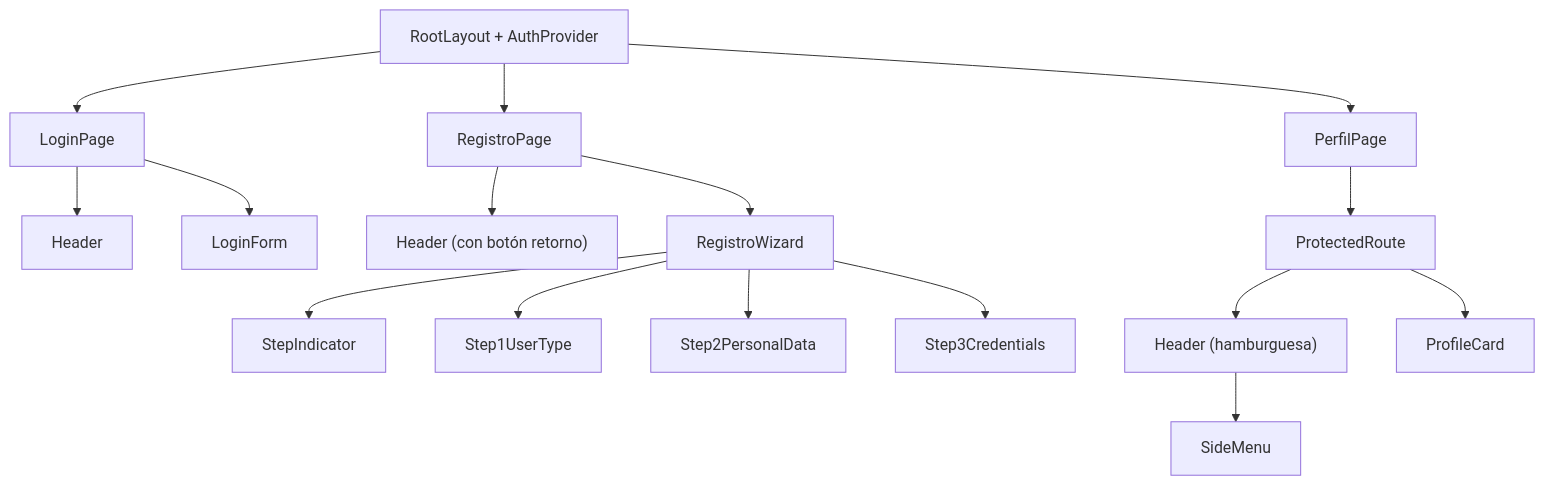
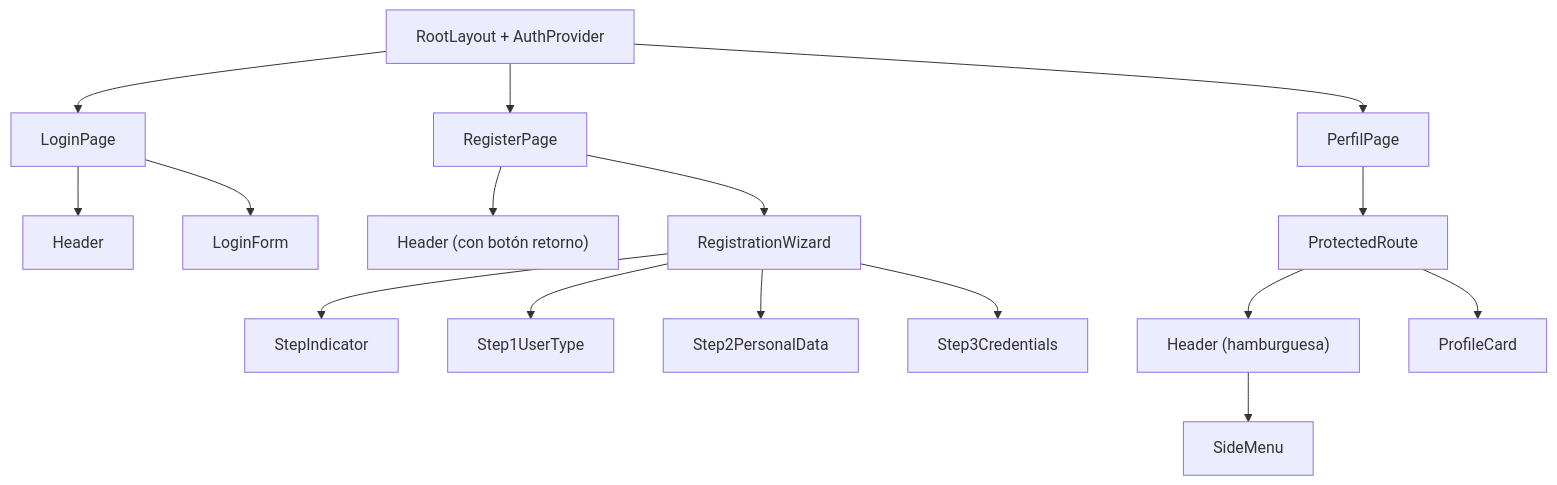
The fourth of 4 diagrams in .kiro/specs/users-auth-frontend/design.md (JAVegaG/PuenteHogar), drawn with Mermaid before and after one commit. The commit also changed other lines of this file and 1 other file, not shown here.

````diff
--- a/.kiro/specs/users-auth-frontend/design.md
+++ b/.kiro/specs/users-auth-frontend/design.md
@@ -205,21 +206,21 @@
 ```mermaid
 graph TD
     Layout["RootLayout + AuthProvider"]
     Layout --> LoginPage["LoginPage"]
     LoginPage --> Header["Header"]
     LoginPage --> LoginForm["LoginForm"]
 
-    Layout --> RegistroPage["RegistroPage"]
-    RegistroPage --> HeaderReg["Header (con botón retorno)"]
-    RegistroPage --> RegistroWizard["RegistroWizard"]
-    RegistroWizard --> StepIndicator["StepIndicator"]
-    RegistroWizard --> Step1["Step1UserType"]
-    RegistroWizard --> Step2["Step2PersonalData"]
-    RegistroWizard --> Step3["Step3Credentials"]
+    Layout --> RegisterPage["RegisterPage"]
+    RegisterPage --> HeaderReg["Header (con botón retorno)"]
+    RegisterPage --> RegistrationWizard["RegistrationWizard"]
+    RegistrationWizard --> StepIndicator["StepIndicator"]
+    RegistrationWizard --> Step1["Step1UserType"]
+    RegistrationWizard --> Step2["Step2PersonalData"]
+    RegistrationWizard --> Step3["Step3Credentials"]
 
     Layout --> PerfilPage["PerfilPage"]
     PerfilPage --> ProtectedRoute["ProtectedRoute"]
     ProtectedRoute --> HeaderPerfil["Header (hamburguesa)"]
     ProtectedRoute --> ProfileCard["ProfileCard"]
     HeaderPerfil --> SideMenu["SideMenu"]
 ```
````
